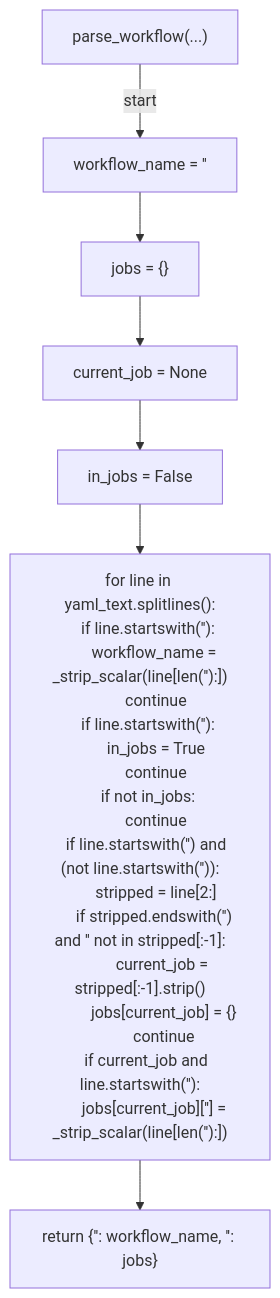
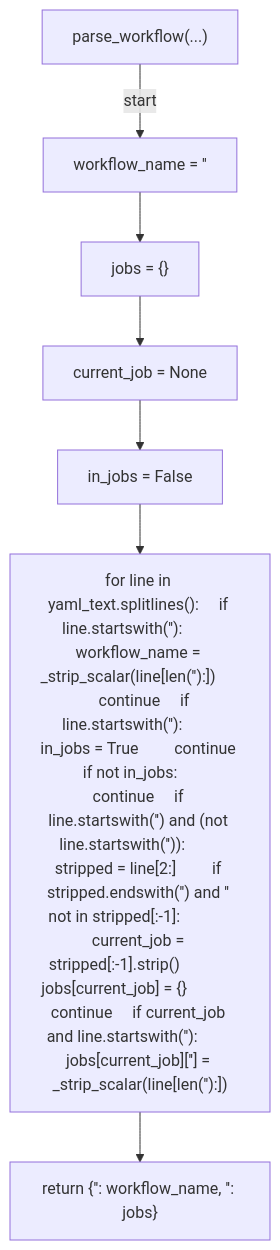
Before and after one commit to tvna/claude-md: the second of 8 diagrams in docs/generated/scripts/ast/verify_required_check_contexts.md, drawn with Mermaid. The commit also changed other lines of this file and 15 other files, not shown here.

First line of the commit message:
docs(generated): regenerate decision tree and workflow diagrams (batch 5/5)

````diff
--- a/docs/generated/scripts/ast/verify_required_check_contexts.md
+++ b/docs/generated/scripts/ast/verify_required_check_contexts.md
@@ -27,32 +22,16 @@
 ```mermaid
 flowchart TD
     N001["parse_workflow(...)"]
     N002["workflow_name = '<str>'"]
     N003["jobs = {}"]
     N004["current_job = None"]
     N005["in_jobs = False"]
-    N006["for line in yaml_text.splitlines():
-    if line.startswith('<str>'):
-        workflow_name = _strip_scalar(line[len('<str>'):])
-        continue
-    if line.startswith('<str>'):
-        in_jobs = True
-        continue
-    if not in_jobs:
-        continue
-    if line.startswith('<str>') and (not line.startswith('<str>')):
-        stripped = line[2:]
-        if stripped.endswith('<str>') and '<str>' not in stripped[:-1]:
-            current_job = stripped[:-1].strip()
-            jobs[current_job] = {}
-            continue
-    if current_job and line.startswith('<str>'):
-        jobs[current_job]['<str>'] = _strip_scalar(line[len('<str>'):])"]
+    N006["for line in yaml_text.splitlines():     if line.startswith('<str>'):         workflow_name = _strip_scalar(line[len('<str>'):])         continue     if line.startswith('<str>'):         in_jobs = True         continue     if not in_jobs:         continue     if line.startswith('<str>') and (not line.startswith('<str>')):         stripped = line[2:]         if stripped.endswith('<str>') and '<str>' not in stripped[:-1]:             current_job = stripped[:-1].strip()             jobs[current_job] = {}             continue     if current_job and line.startswith('<str>'):         jobs[current_job]['<str>'] = _strip_scalar(line[len('<str>'):])"]
     N007["return {'<str>': workflow_name, '<str>': jobs}"]
     N001 -->|"start"| N002
     N002 --> N003
     N003 --> N004
     N004 --> N005
     N005 --> N006
     N006 --> N007
 ```
````
